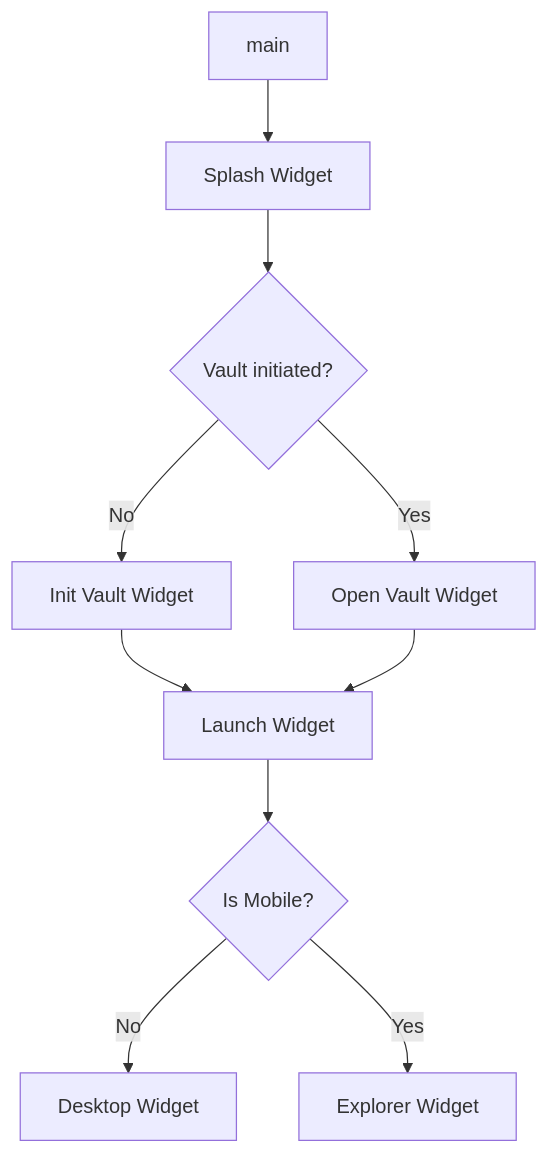
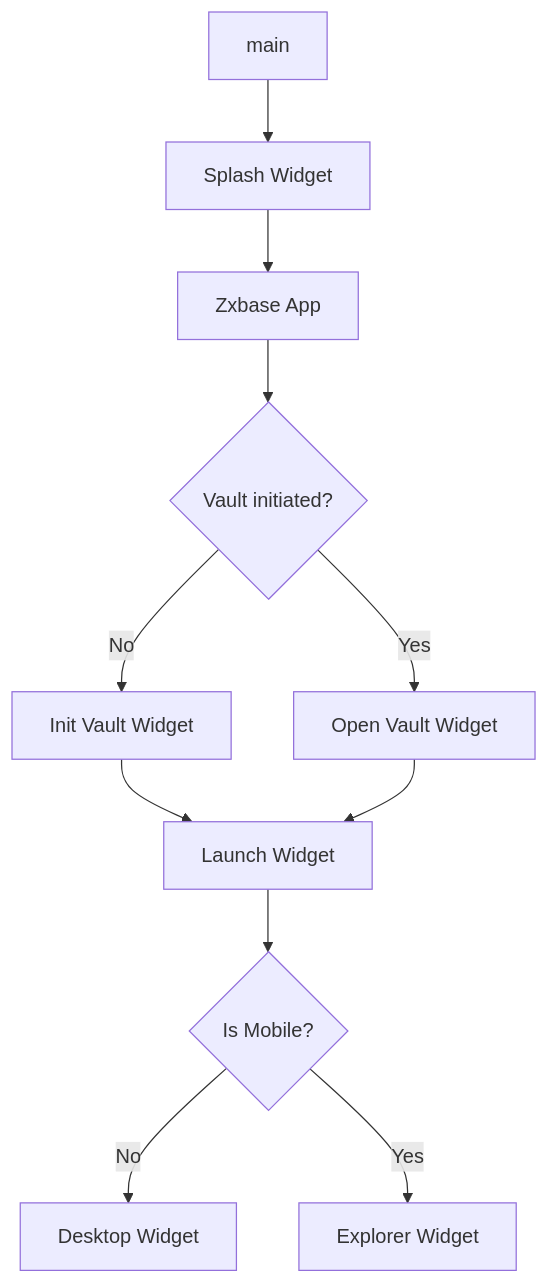
One commit to zxbase/zxbase_app changed the diagram in diagrams.md. Above: the diagram before and after it, drawn with Mermaid.

````diff
--- a/diagrams.md
+++ b/diagrams.md
@@ -4,12 +4,13 @@
 ```mermaid
   graph TD;
       A[main] --> A1[Splash Widget];
-      A1 --> B{Vault initiated?};
+      A1 --> A2[Zxbase App];
+      A2 --> B{Vault initiated?};
       B -- No --> C;
       B -- Yes --> D;
       C[Init Vault Widget] --> E;
       D[Open Vault Widget] --> E;
       E[Launch Widget] --> F{Is Mobile?};
       F -- No --> G[Desktop Widget];
       F -- Yes --> H[Explorer Widget];
 ```
````
